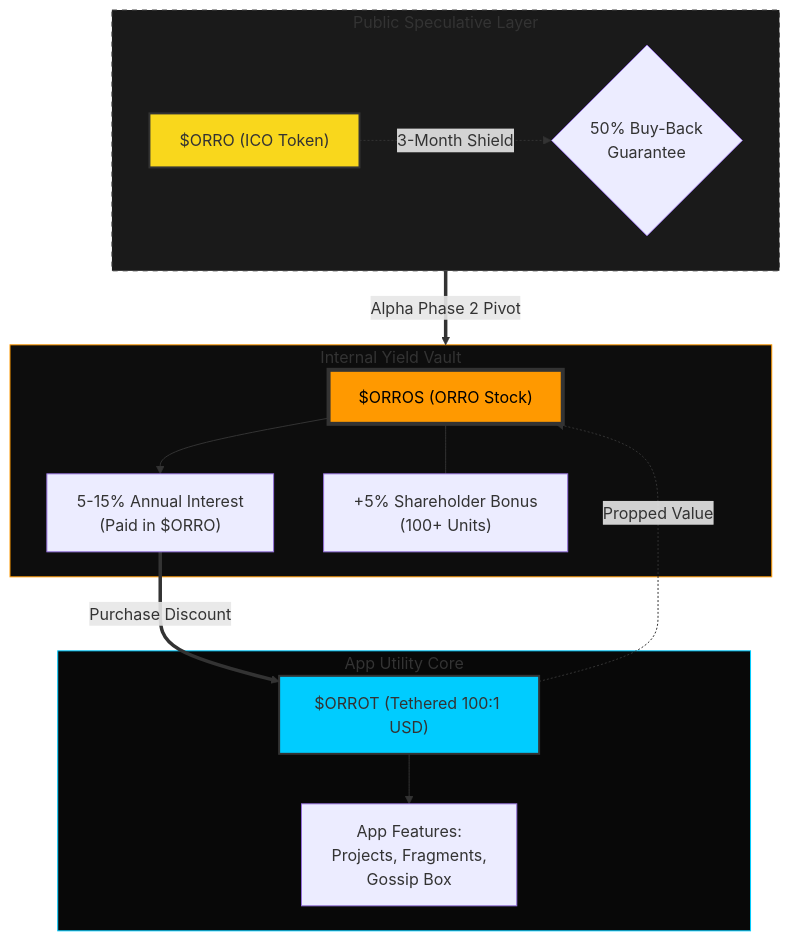
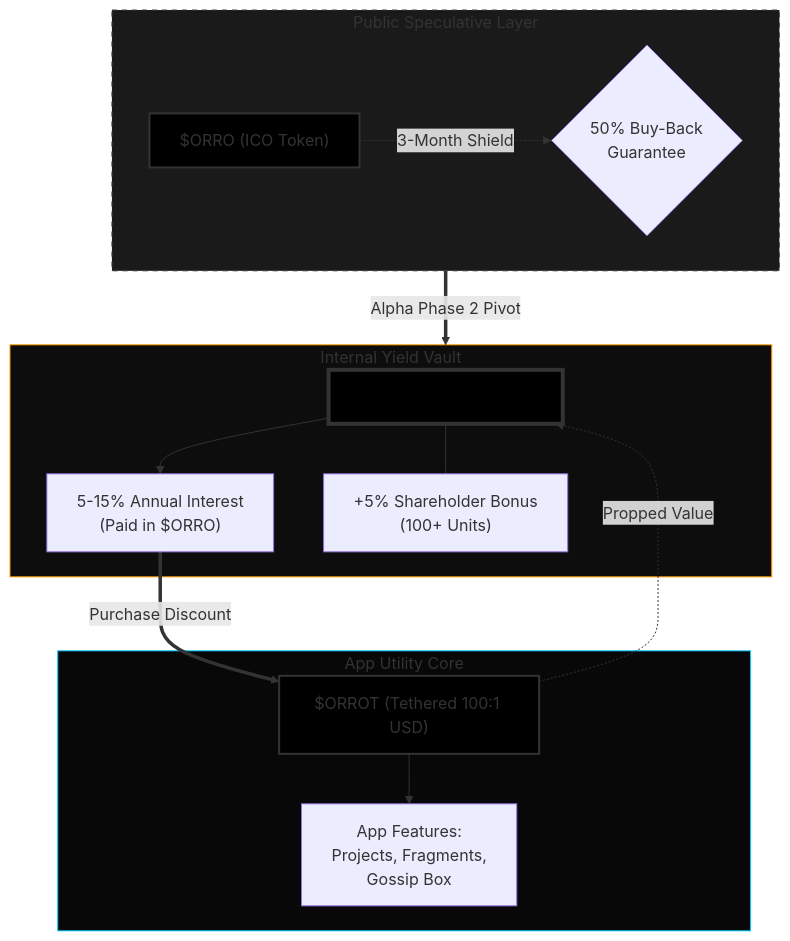
One commit to orroprotocol/core changed the diagram in blog/README.md. Above: the diagram before and after it, drawn with Mermaid.

````diff
--- a/blog/README.md
+++ b/blog/README.md
@@ -1,42 +1,42 @@
 ```mermaid
 graph TD
     %% Outer Speculative Layer
     subgraph Public_Market [Public Speculative Layer]
         ORRO["$ORRO (ICO Token)"]
         BuyBack{"50% Buy-Back<br/>Guarantee"}
         ORRO -.->|3-Month Shield| BuyBack
     end
 
     %% The Pivot Mechanism
     Public_Market ==>|Alpha Phase 2 Pivot| Equity_Layer
 
     %% Internal Equity Layer
     subgraph Equity_Layer [Internal Yield Vault]
         ORROS["$ORROS (ORRO Stock)"]
         Yield["5-15% Annual Interest<br/>(Paid in $ORRO)"]
         Bonus["+5% Shareholder Bonus<br/>(100+ Units)"]
         
         ORROS --> Yield
         ORROS --- Bonus
     end
 
     %% The Utility Core
     subgraph Utility_Core [App Utility Core]
         ORROT["$ORROT (Tethered 100:1 USD)"]
         App["App Features:<br/>Projects, Fragments,<br/>Gossip Box"]
         
         ORROT --> App
     end
 
     %% The Winning Gambit Loops
     Yield ==>|Purchase Discount| ORROT
     ORROT -.->|Propped Value| ORROS
     
     %% Styling
-    style ORRO fill:#f9d71c,stroke:#333,stroke-width:2px
-    style ORROS fill:#ff9900,stroke:#333,stroke-width:4px,color:#000
-    style ORROT fill:#00ccff,stroke:#333,stroke-width:2px
+    style ORRO fill:#000000,stroke:#333,stroke-width:2px
+    style ORROS fill:#000000,stroke:#333,stroke-width:4px,color:#000
+    style ORROT fill:#000000,stroke:#333,stroke-width:2px
     style Public_Market fill:#1a1a1a,stroke:#444,stroke-dasharray: 5 5
     style Equity_Layer fill:#0d0d0d,stroke:#ff9900
     style Utility_Core fill:#080808,stroke:#00ccff
 ```
````
